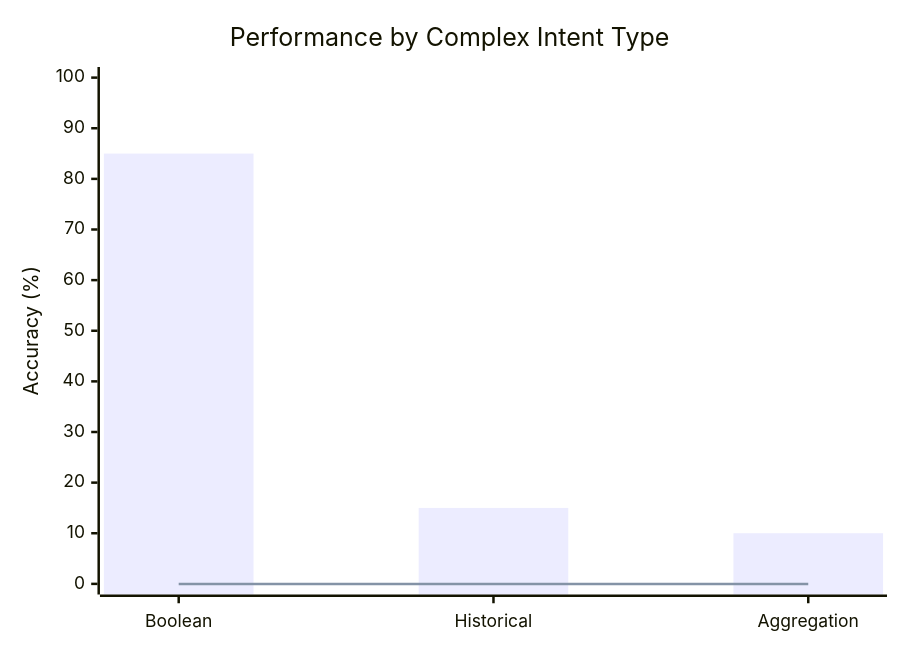
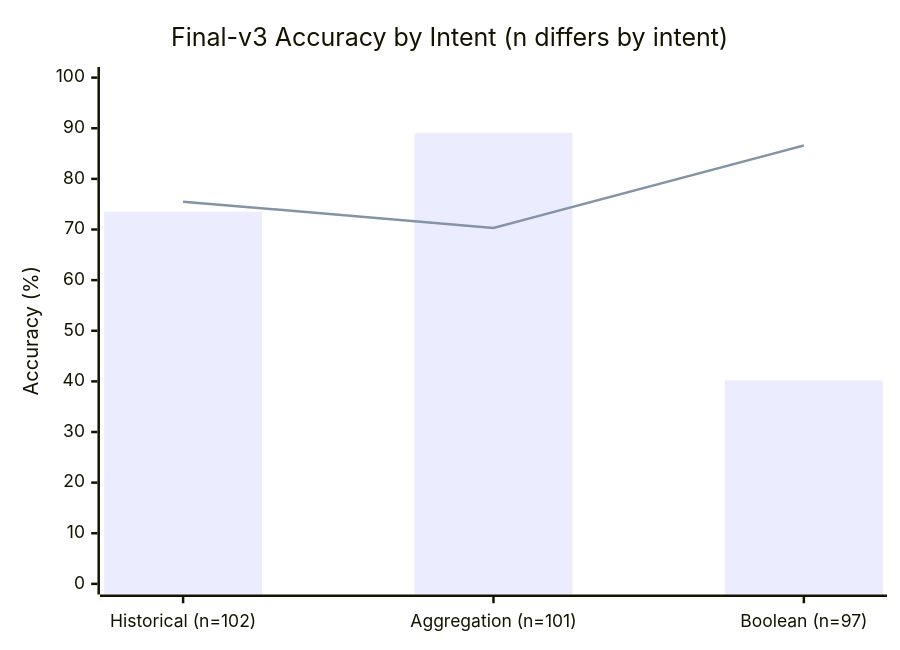
The diagram in paper/diagrams/diagram3_complex_intents.mmd (0xmaster7/Aletheia), drawn with Mermaid before and after one commit. The commit also changed 10 other files, not shown here.

```diff
--- a/paper/diagrams/diagram3_complex_intents.mmd
+++ b/paper/diagrams/diagram3_complex_intents.mmd
@@ -1,8 +1,9 @@
-%% Diagram 3: Synthetic Benchmark Performance on Complex Intents
+%% Final-v3 synthetic result, flags retained; the 93.3% first-60 router result is not shown here.
+%% Bars are Aletheia and the line is Direct; CoT values are in docs/evaluation_report.md.
 %% Note: Rendering this requires a Mermaid viewer that supports xychart-beta
 xychart-beta
-    title "Performance by Complex Intent Type"
-    x-axis ["Boolean", "Historical", "Aggregation"]
+    title "Final-v3 Accuracy by Intent (n differs by intent)"
+    x-axis ["Historical (n=102)", "Aggregation (n=101)", "Boolean (n=97)"]
     y-axis "Accuracy (%)" 0 --> 100
-    bar [85, 15, 10]
-    line [0, 0, 0]
+    bar [73.5, 89.1, 40.2]
+    line [75.5, 70.3, 86.6]
```
